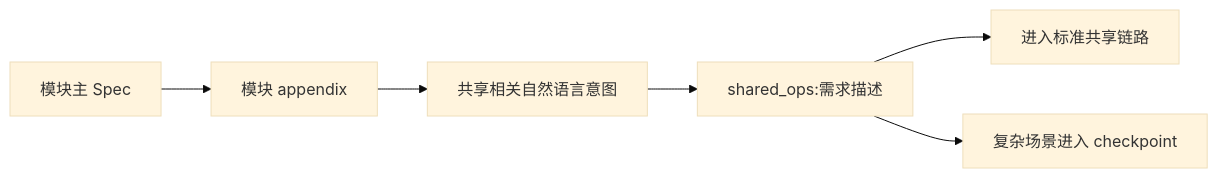
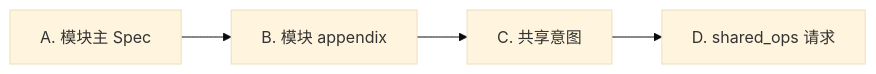
The sixth of 7 diagrams in README.zh-CN.md (mfblog/specflow), drawn with Mermaid (base theme) before and after one commit. The commit also changed other lines of this file and 1 other file, not shown here.

````diff
--- a/README.zh-CN.md
+++ b/README.zh-CN.md
@@ -562,8 +461,6 @@
 ```mermaid
 flowchart LR
-    A["模块主 Spec"] --> B["模块 appendix"]
-    B --> C["共享相关自然语言意图"]
-    C --> D["shared_ops:需求描述"]
-    D --> E["进入标准共享链路"]
-    D --> F["复杂场景进入 checkpoint"]
+    A["A. 模块主 Spec"] --> B["B. 模块 appendix"]
+    B --> C["C. 共享意图"]
+    C --> D["D. shared_ops 请求"]
 ```
````
